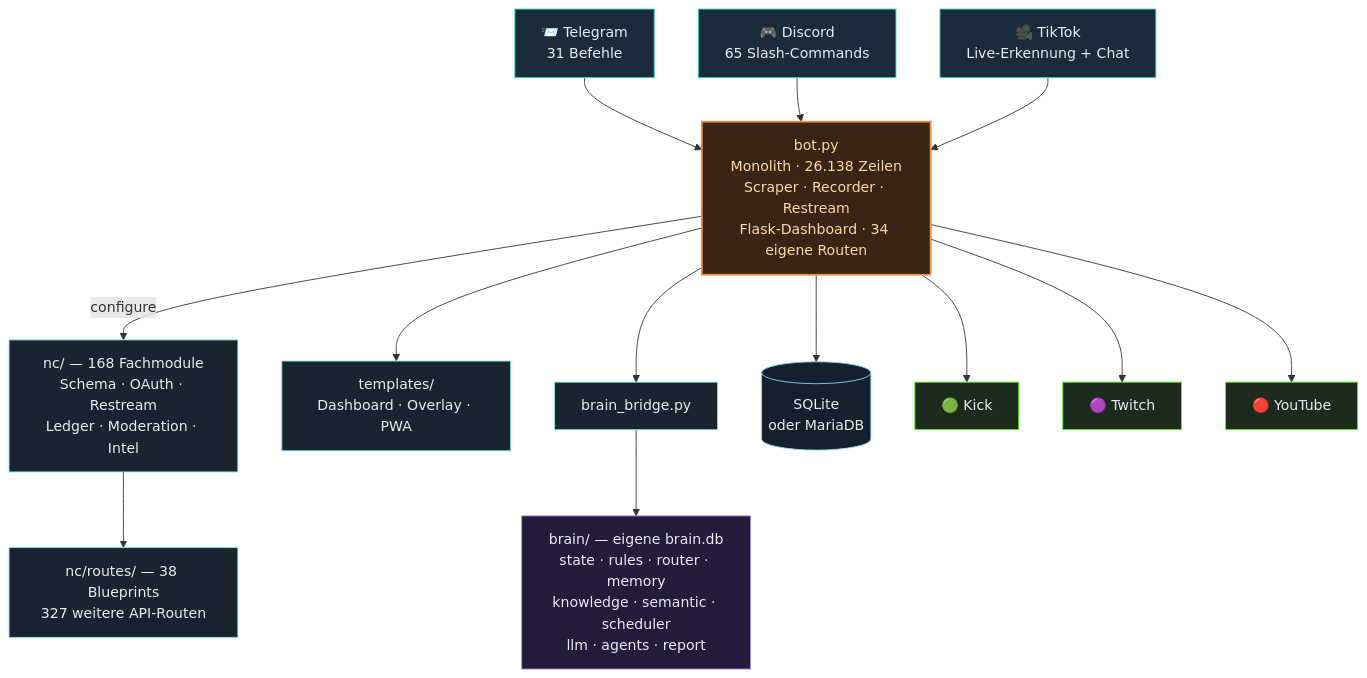
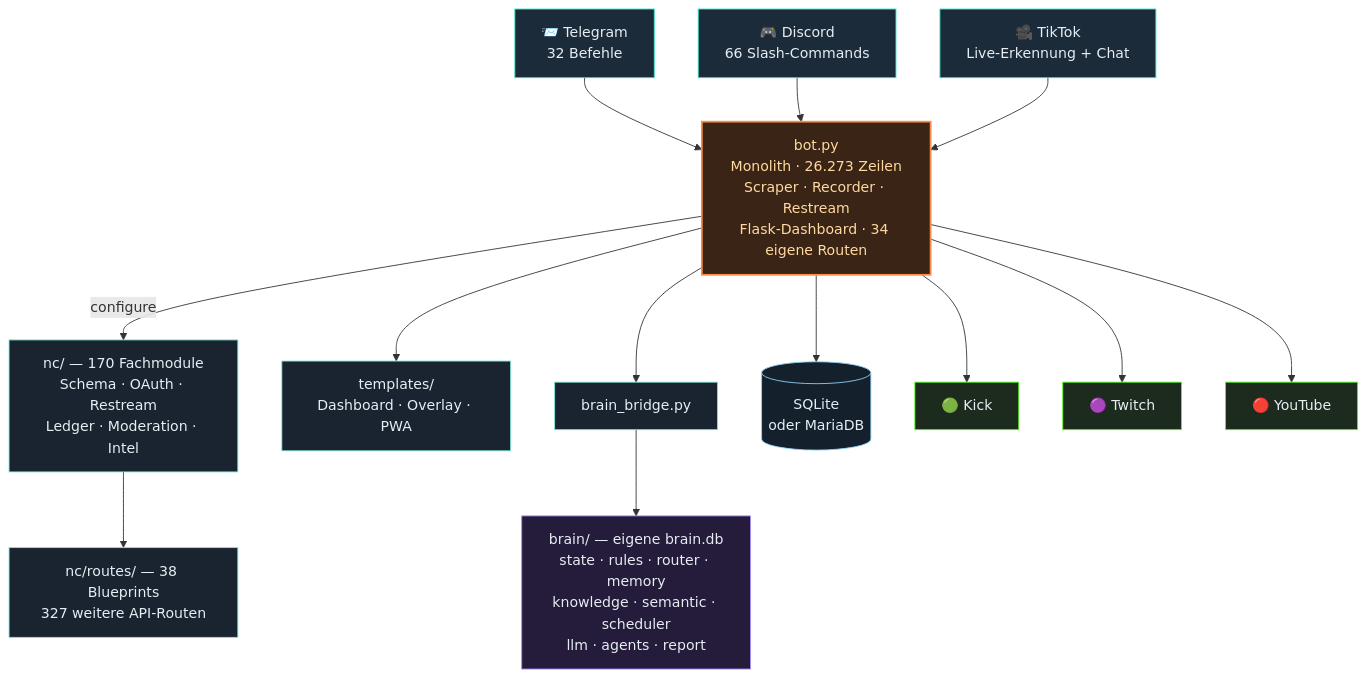
The third of 4 diagrams in README.md (itsamemedev/Telegram-Stream-Info-Bot), drawn with Mermaid before and after one commit. The commit also changed other lines of this file and 21 other files, not shown here.

````diff
--- a/README.md
+++ b/README.md
@@ -212,30 +212,30 @@
 ```mermaid
 flowchart TB
-    TG["📨 Telegram<br/>31 Befehle"]:::ein
-    DC["🎮 Discord<br/>65 Slash-Commands"]:::ein
+    TG["📨 Telegram<br/>32 Befehle"]:::ein
+    DC["🎮 Discord<br/>66 Slash-Commands"]:::ein
     TT["🎥 TikTok<br/>Live-Erkennung + Chat"]:::ein
 
     TG --> BOT
     DC --> BOT
     TT --> BOT
 
-    BOT["bot.py<br/>Monolith · 26.138 Zeilen<br/>Scraper · Recorder · Restream<br/>Flask-Dashboard · 34 eigene Routen"]:::core
+    BOT["bot.py<br/>Monolith · 26.273 Zeilen<br/>Scraper · Recorder · Restream<br/>Flask-Dashboard · 34 eigene Routen"]:::core
 
-    BOT -->|configure| NC["nc/ — 168 Fachmodule<br/>Schema · OAuth · Restream<br/>Ledger · Moderation · Intel"]:::lib
+    BOT -->|configure| NC["nc/ — 170 Fachmodule<br/>Schema · OAuth · Restream<br/>Ledger · Moderation · Intel"]:::lib
     NC --> RT["nc/routes/ — 38 Blueprints<br/>327 weitere API-Routen"]:::lib
     BOT --> TPL["templates/<br/>Dashboard · Overlay · PWA"]:::lib
     BOT --> BR["brain_bridge.py"]:::lib
     BR --> BRAIN["brain/ — eigene brain.db<br/>state · rules · router · memory<br/>knowledge · semantic · scheduler<br/>llm · agents · report"]:::brain
     BOT --> DB[("SQLite<br/>oder MariaDB")]:::db
 
     BOT --> KICK["🟢 Kick"]:::out
     BOT --> TW["🟣 Twitch"]:::out
     BOT --> YT["🔴 YouTube"]:::out
 
     classDef ein fill:#1c2b3a,stroke:#2de1c2,color:#e6edf3
     classDef core fill:#3a2415,stroke:#ff8c42,stroke-width:2px,color:#ffd9a0
     classDef lib fill:#1a2430,stroke:#7fe7d4,color:#e6edf3
     classDef brain fill:#241c3a,stroke:#a78bfa,color:#e6edf3
     classDef db fill:#14202c,stroke:#8fd3f4,color:#e6edf3
     classDef out fill:#1c2b1e,stroke:#53fc18,color:#e6edf3
 ```
````
